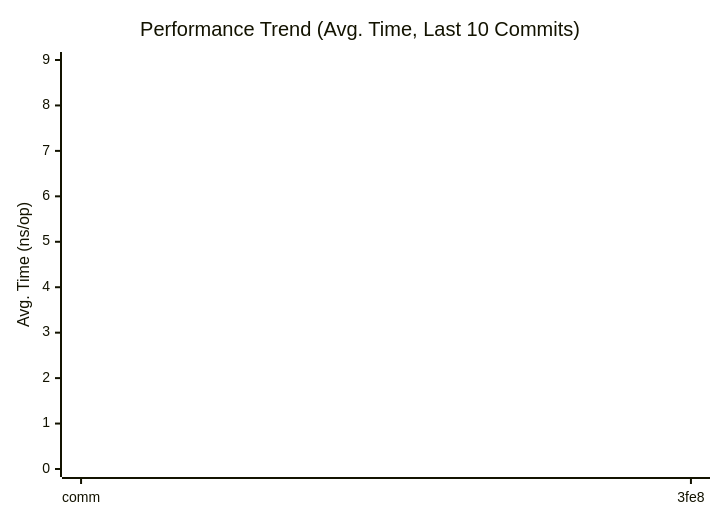
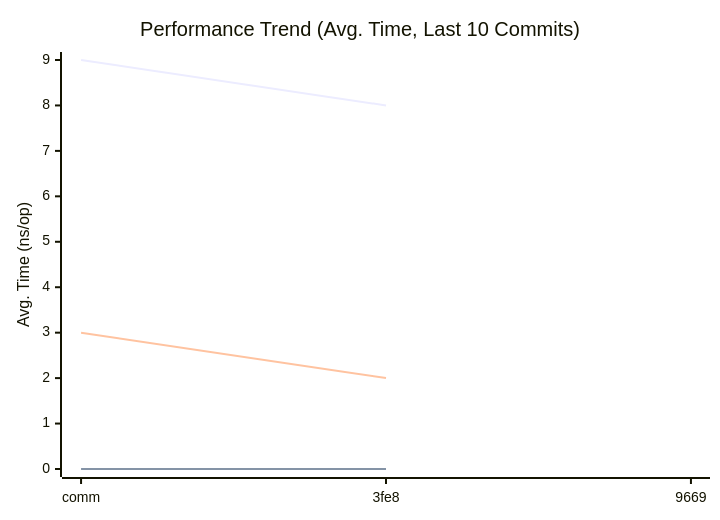
One commit to alsotoes/momo changed the first of 3 diagrams in doc/README.md. Above: the diagram before and after it, drawn with Mermaid. The commit also changed other lines of this file and 1 other file, not shown here.

````diff
--- a/doc/README.md
+++ b/doc/README.md
@@ -281,10 +281,10 @@
 ```mermaid
 xychart-beta
     title "Performance Trend (Avg. Time, Last 10 Commits)"
     x-axis "Commit"
     y-axis "Avg. Time (ns/op)"
-    x-axis [comm,3fe8]
-    line "CheckMetricsAndSwap" [9]
-    line "IndexDirectTracking" [0]
-    line "IndexSearch" [3]
+    x-axis [comm,3fe8,9669]
+    line "CheckMetricsAndSwap" [9,8]
+    line "IndexDirectTracking" [0,0]
+    line "IndexSearch" [3,2]
 ```
````
